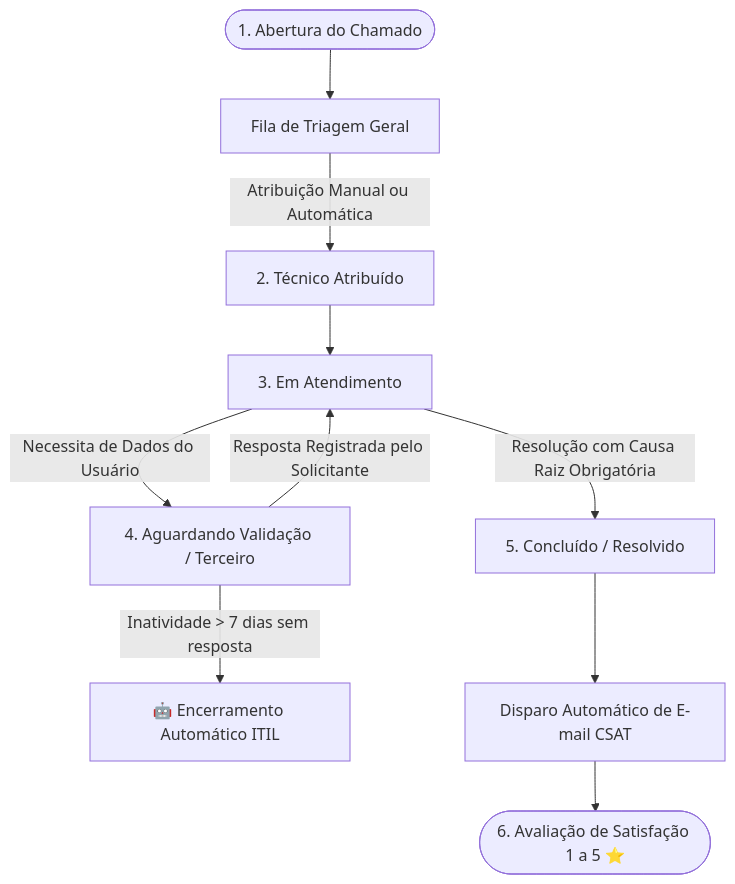
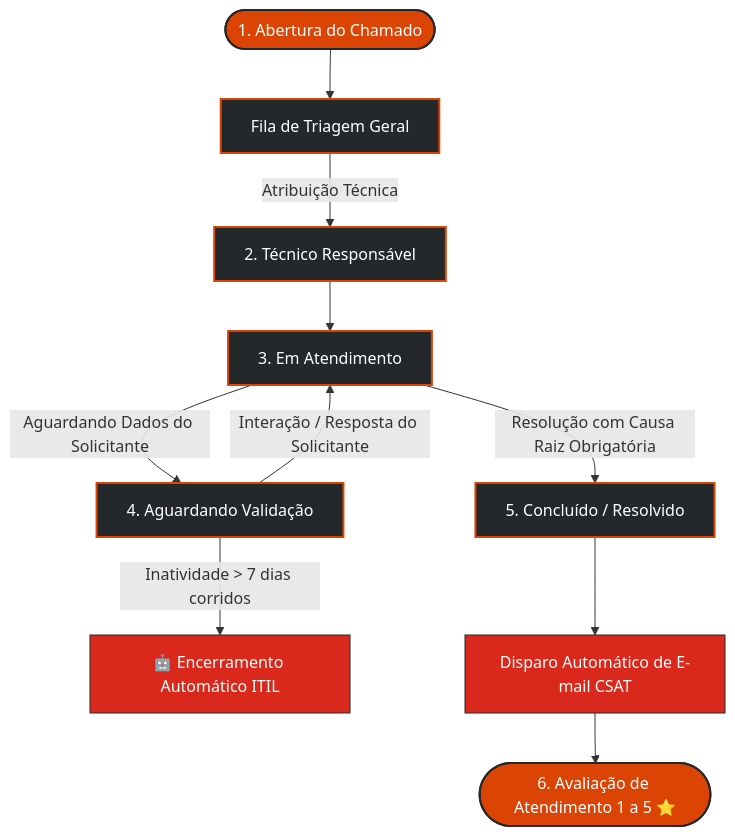
The diagram in README.md (suportesaav-web/saavedra_chamados), drawn with Mermaid before and after one commit. The commit also changed other lines of this file and 1 other file, not shown here.

````diff
--- a/README.md
+++ b/README.md
@@ -53,12 +55,20 @@
 ```mermaid
 graph TD
     A([1. Abertura do Chamado]) --> B[Fila de Triagem Geral]
-    B -->|Atribuição Manual ou Automática| C[2. Técnico Atribuído]
+    B -->|Atribuição Técnica| C[2. Técnico Responsável]
     C --> D[3. Em Atendimento]
-    D -->|Necessita de Dados do Usuário| E[4. Aguardando Validação / Terceiro]
-    E -->|Resposta Registrada pelo Solicitante| D
-    E -->|Inatividade > 7 dias sem resposta| F[🤖 Encerramento Automático ITIL]
+    D -->|Aguardando Dados do Solicitante| E[4. Aguardando Validação]
+    E -->|Interação / Resposta do Solicitante| D
+    E -->|Inatividade > 7 dias corridos| F[🤖 Encerramento Automático ITIL]
     D -->|Resolução com Causa Raiz Obrigatória| G[5. Concluído / Resolvido]
     G --> H[Disparo Automático de E-mail CSAT]
-    H --> I([6. Avaliação de Satisfação 1 a 5 ⭐])
+    H --> I([6. Avaliação de Atendimento 1 a 5 ⭐])
+
+    classDef saavOrange fill:#dc4405,stroke:#25282a,stroke-width:2px,color:#fff;
+    classDef saavDark fill:#25282a,stroke:#dc4405,stroke-width:2px,color:#fff;
+    classDef saavRed fill:#da291c,stroke:#25282a,stroke-width:1px,color:#fff;
+
+    class A,I saavOrange;
+    class B,C,D,E,G saavDark;
+    class F,H saavRed;
 ```
````
